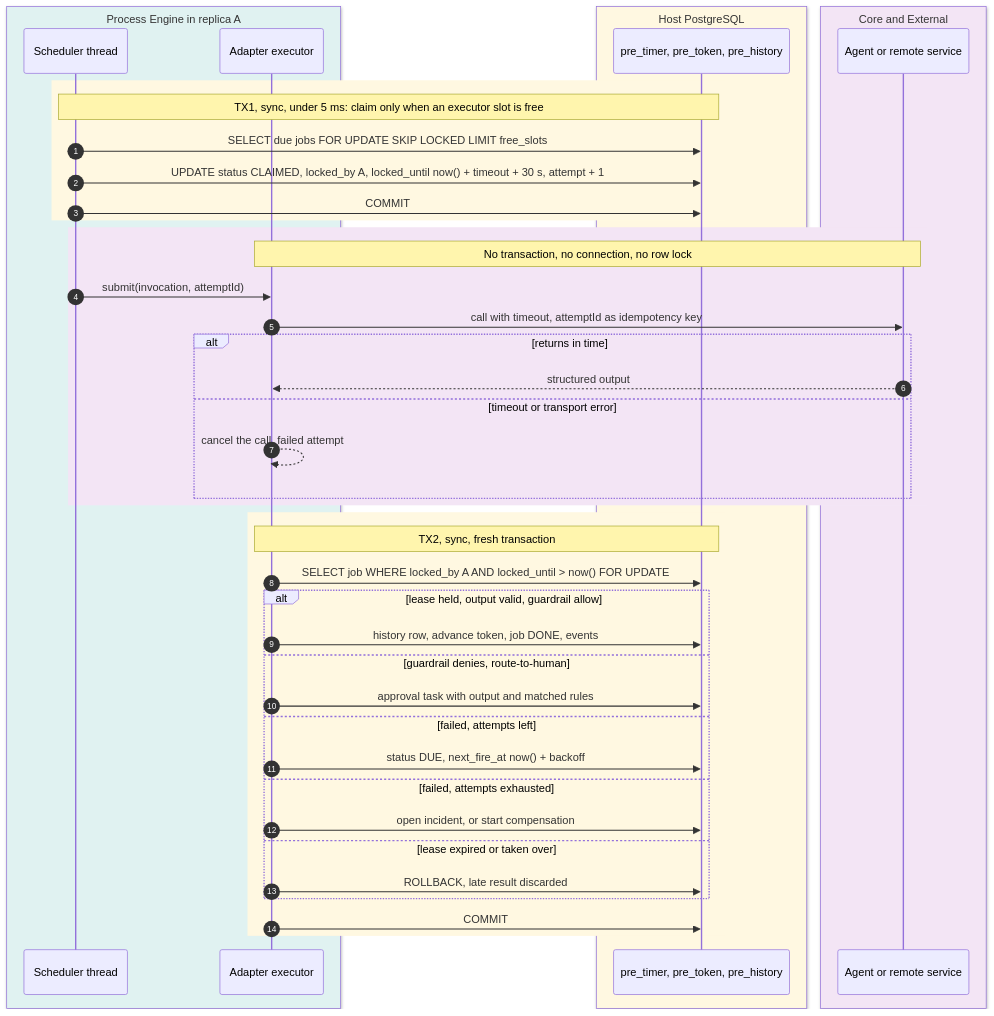
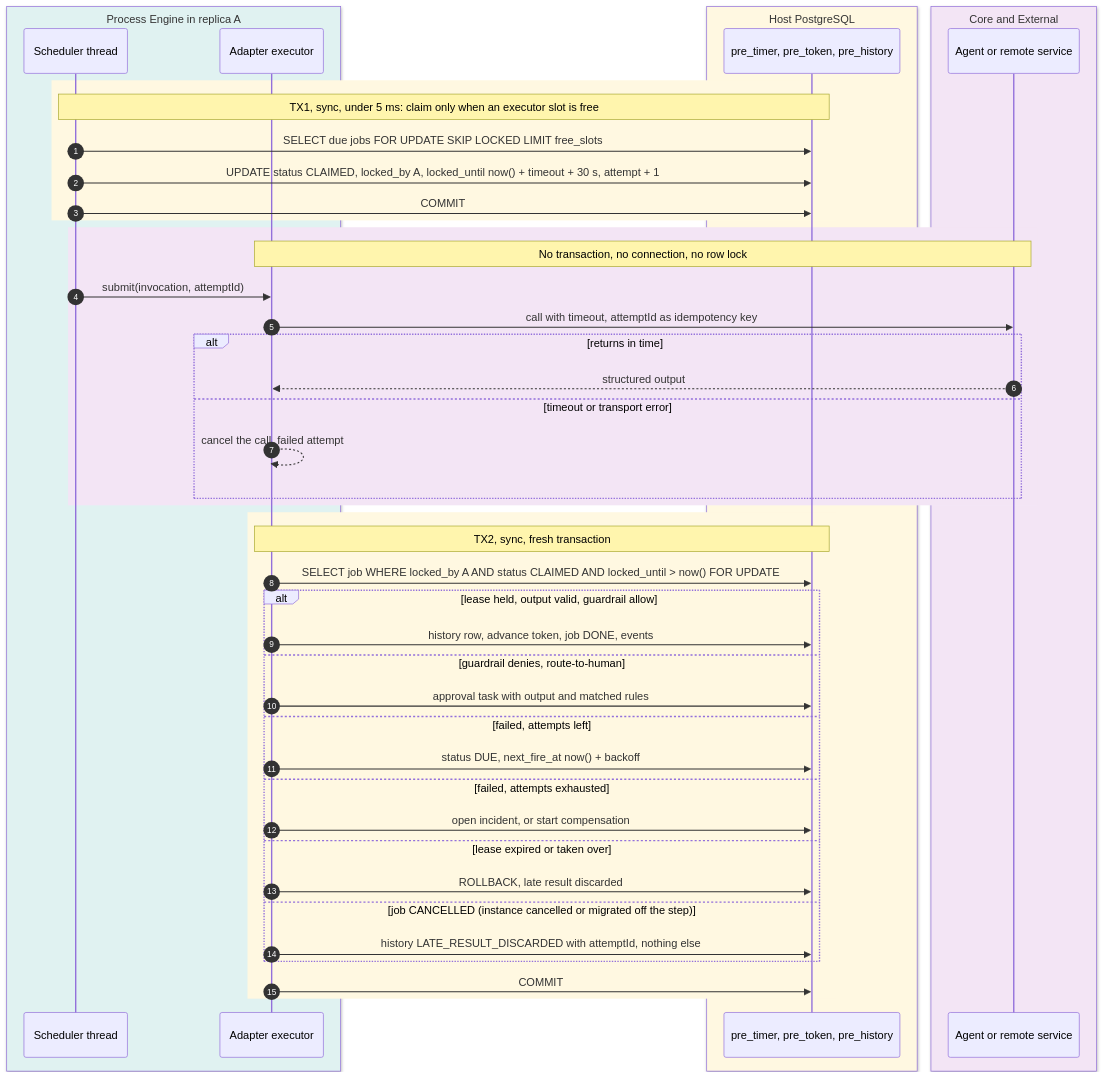
One commit to dhluong90/horus-Agentic-BPM changed the diagram in process-engine/docs/diagrams/async-wait-state.mmd. Above: the diagram before and after it, drawn with Mermaid. The commit also changed 42 other files, not shown here.

First line of the commit message:
docs: architecture for full BPMN 2.0 and DMN support, no CMMN

```diff
--- a/process-engine/docs/diagrams/async-wait-state.mmd
+++ b/process-engine/docs/diagrams/async-wait-state.mmd
@@ -1,44 +1,46 @@
 sequenceDiagram
   autonumber
   box rgb(224,242,241) Process Engine in replica A
     participant S as Scheduler thread
     participant W as Adapter executor
   end
   box rgb(255,248,225) Host PostgreSQL
     participant DB as pre_timer, pre_token, pre_history
   end
   box rgb(243,229,245) Core and External
     participant X as Agent or remote service
   end
   rect rgb(255,248,225)
     Note over S,DB: TX1, sync, under 5 ms: claim only when an executor slot is free
     S->>DB: SELECT due jobs FOR UPDATE SKIP LOCKED LIMIT free_slots
     S->>DB: UPDATE status CLAIMED, locked_by A, locked_until now() + timeout + 30 s, attempt + 1
     S->>DB: COMMIT
   end
   rect rgb(243,229,245)
     Note over W,X: No transaction, no connection, no row lock
     S->>W: submit(invocation, attemptId)
     W->>X: call with timeout, attemptId as idempotency key
     alt returns in time
       X-->>W: structured output
     else timeout or transport error
       W-->>W: cancel the call, failed attempt
     end
   end
   rect rgb(255,248,225)
     Note over W,DB: TX2, sync, fresh transaction
-    W->>DB: SELECT job WHERE locked_by A AND locked_until > now() FOR UPDATE
+    W->>DB: SELECT job WHERE locked_by A AND status CLAIMED AND locked_until > now() FOR UPDATE
     alt lease held, output valid, guardrail allow
       W->>DB: history row, advance token, job DONE, events
     else guardrail denies, route-to-human
       W->>DB: approval task with output and matched rules
     else failed, attempts left
       W->>DB: status DUE, next_fire_at now() + backoff
     else failed, attempts exhausted
       W->>DB: open incident, or start compensation
     else lease expired or taken over
       W->>DB: ROLLBACK, late result discarded
+    else job CANCELLED (instance cancelled or migrated off the step)
+      W->>DB: history LATE_RESULT_DISCARDED with attemptId, nothing else
     end
     W->>DB: COMMIT
   end
```
